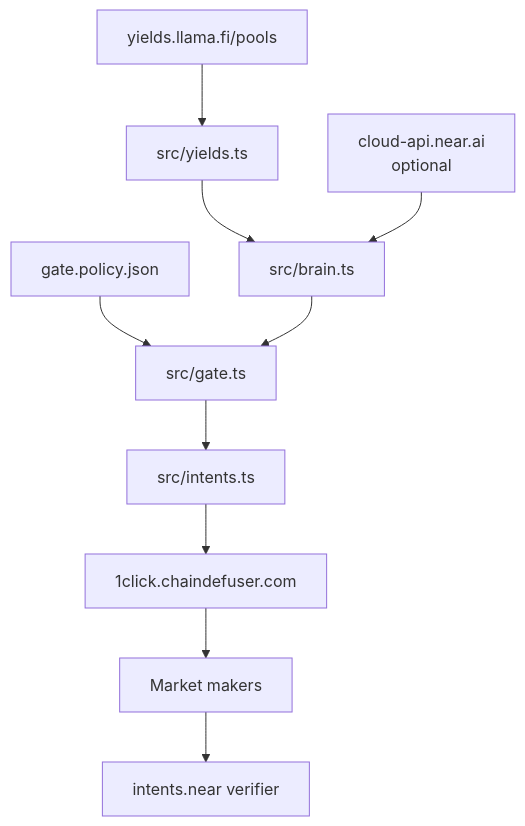
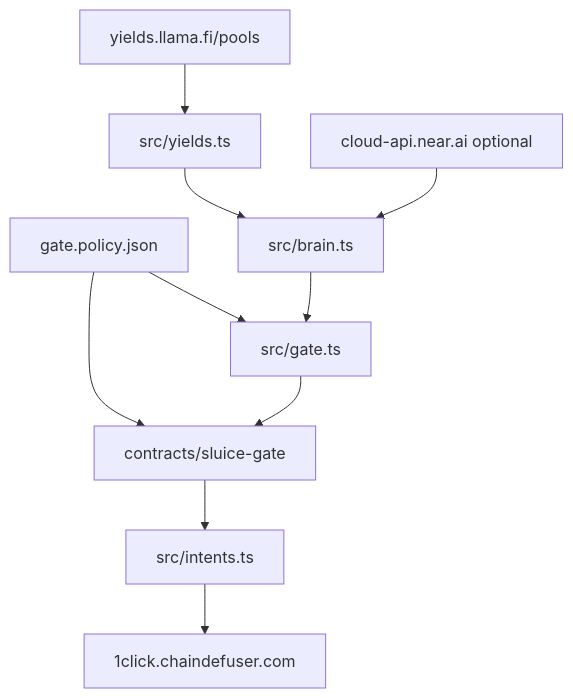
The diagram in README.md (0andadream/Sluice), drawn with Mermaid before and after one commit. The commit also changed other lines of this file and 42 other files, not shown here.

Commit message:
Hackathon upgrade: on-chain NEAR policy gate, quote matching, attack demo, control page, tests and CI

````diff
--- a/README.md
+++ b/README.md
@@ -81,12 +67,12 @@
 ```mermaid
 flowchart TB
     Policy["gate.policy.json"] --> Gate["src/gate.ts"]
+    Policy --> Chain["contracts/sluice-gate"]
     Llama["yields.llama.fi/pools"] --> Yields["src/yields.ts"]
     Yields --> Brain["src/brain.ts"]
-    Cloud["cloud-api.near.ai<br/>optional"] --> Brain
+    Cloud["cloud-api.near.ai optional"] --> Brain
     Brain --> Gate
-    Gate --> Intents["src/intents.ts"]
+    Gate --> Chain
+    Chain --> Intents["src/intents.ts"]
     Intents --> Click["1click.chaindefuser.com"]
-    Click --> Makers["Market makers"]
-    Makers --> Verifier["intents.near verifier"]
 ```
````
